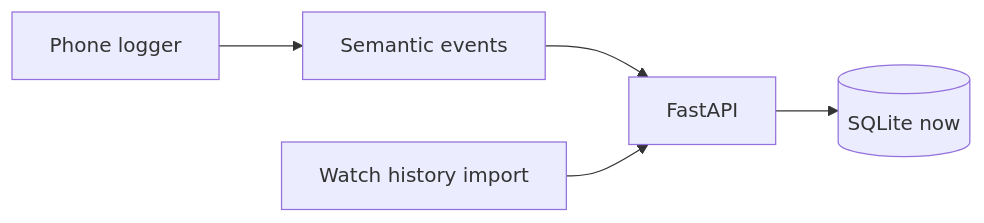
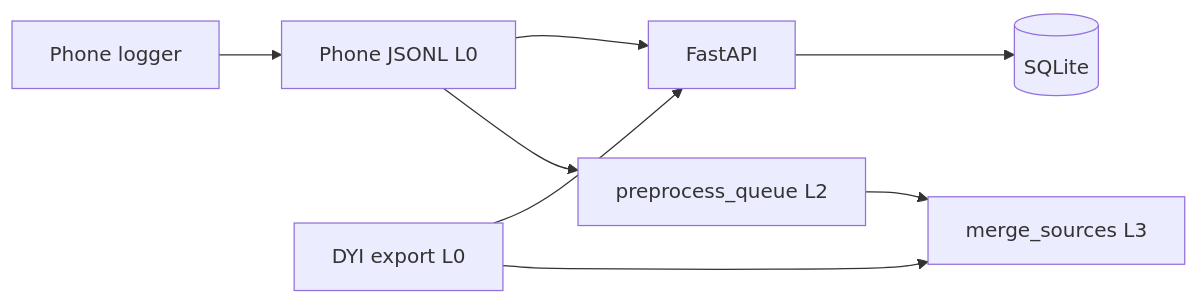
One commit to pplvieira/reel-logger changed the first of 2 diagrams in docs/architecture.md. Above: the diagram before and after it, drawn with Mermaid. The commit also changed other lines of this file and 25 other files, not shown here.

````diff
--- a/docs/architecture.md
+++ b/docs/architecture.md
@@ -5,12 +5,17 @@
 ```mermaid
 flowchart LR
   phone[Phone logger]
-  raw[Semantic events]
+  jsonl[Phone JSONL L0]
   api[FastAPI]
-  db[(SQLite now)]
-  dyi[Watch history import]
-  phone --> raw
-  raw --> api
+  db[(SQLite)]
+  dyi[DYI export L0]
+  preprocess[preprocess_queue L2]
+  merge[merge_sources L3]
+  phone --> jsonl
+  jsonl --> api
+  jsonl --> preprocess
   dyi --> api
+  dyi --> merge
+  preprocess --> merge
   api --> db
 ```
````
